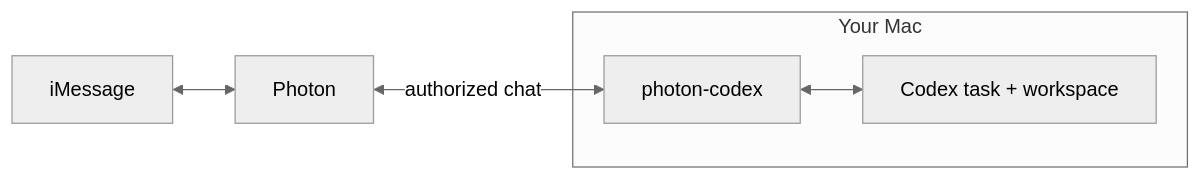
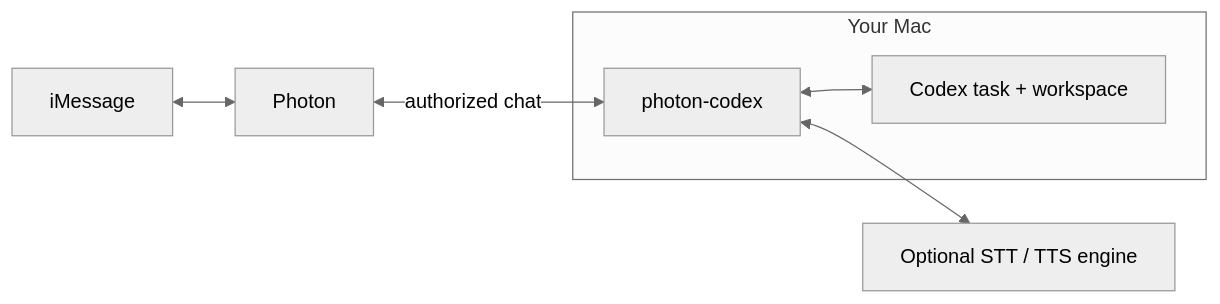
The diagram in README.md (1Pio/photon-codex), drawn with Mermaid (neutral theme) before and after one commit. The commit also changed other lines of this file and 1 other file, not shown here.

````diff
--- a/README.md
+++ b/README.md
@@ -12,10 +12,12 @@
 ```mermaid
 flowchart LR
     U[iMessage]
     P[Photon]
+    E["Optional STT / TTS engine"]
     subgraph MAC["Your Mac"]
         B[photon-codex] <--> C["Codex task + workspace"]
     end
     U <--> P
     P <-->|"authorized chat"| B
+    B <--> E
 ```
````
